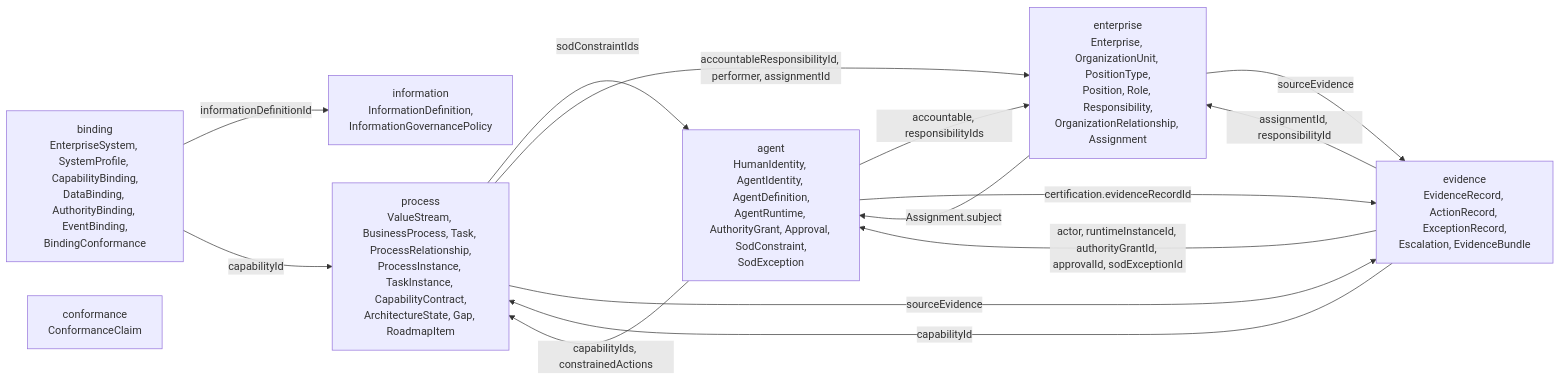
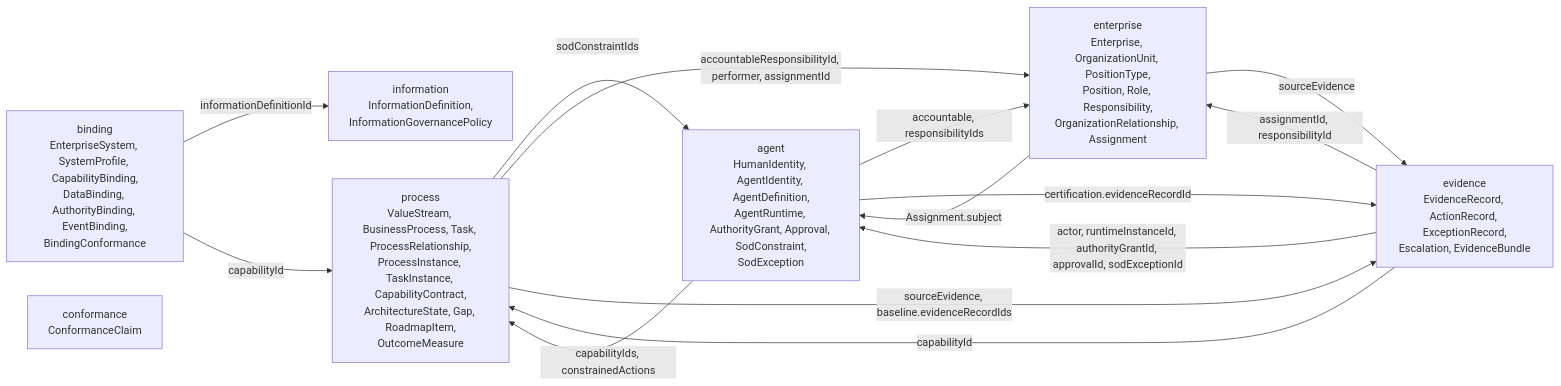
The diagram in schema/README.md (nauticana/charter), drawn with Mermaid before and after one commit. The commit also changed 46 other files, not shown here.

````diff
--- a/schema/README.md
+++ b/schema/README.md
@@ -43,24 +43,24 @@
 ```mermaid
 flowchart LR
     binding -->|informationDefinitionId| information
     binding -->|capabilityId| process
     process -->|sodConstraintIds| agent
     process -->|accountableResponsibilityId, performer, assignmentId| enterprise
     evidence -->|capabilityId| process
     evidence -->|actor, runtimeInstanceId, authorityGrantId, approvalId, sodExceptionId| agent
     evidence -->|assignmentId, responsibilityId| enterprise
     enterprise -->|Assignment.subject| agent
     agent -->|accountable, responsibilityIds| enterprise
     agent -->|capabilityIds, constrainedActions| process
     agent -->|certification.evidenceRecordId| evidence
     enterprise -->|sourceEvidence| evidence
-    process -->|sourceEvidence| evidence
+    process -->|sourceEvidence, baseline.evidenceRecordIds| evidence
 
     binding["binding<br/>EnterpriseSystem, SystemProfile, CapabilityBinding,<br/>DataBinding, AuthorityBinding, EventBinding,<br/>BindingConformance"]
     information["information<br/>InformationDefinition,<br/>InformationGovernancePolicy"]
     enterprise["enterprise<br/>Enterprise, OrganizationUnit, PositionType,<br/>Position, Role, Responsibility,<br/>OrganizationRelationship, Assignment"]
     agent["agent<br/>HumanIdentity, AgentIdentity, AgentDefinition,<br/>AgentRuntime, AuthorityGrant, Approval, SodConstraint,<br/>SodException"]
-    process["process<br/>ValueStream, BusinessProcess, Task, ProcessRelationship,<br/>ProcessInstance, TaskInstance, CapabilityContract,<br/>ArchitectureState, Gap, RoadmapItem"]
+    process["process<br/>ValueStream, BusinessProcess, Task, ProcessRelationship,<br/>ProcessInstance, TaskInstance, CapabilityContract,<br/>ArchitectureState, Gap, RoadmapItem,<br/>OutcomeMeasure"]
     evidence["evidence<br/>EvidenceRecord, ActionRecord, ExceptionRecord,<br/>Escalation, EvidenceBundle"]
     conformance["conformance<br/>ConformanceClaim"]
 ```
````
